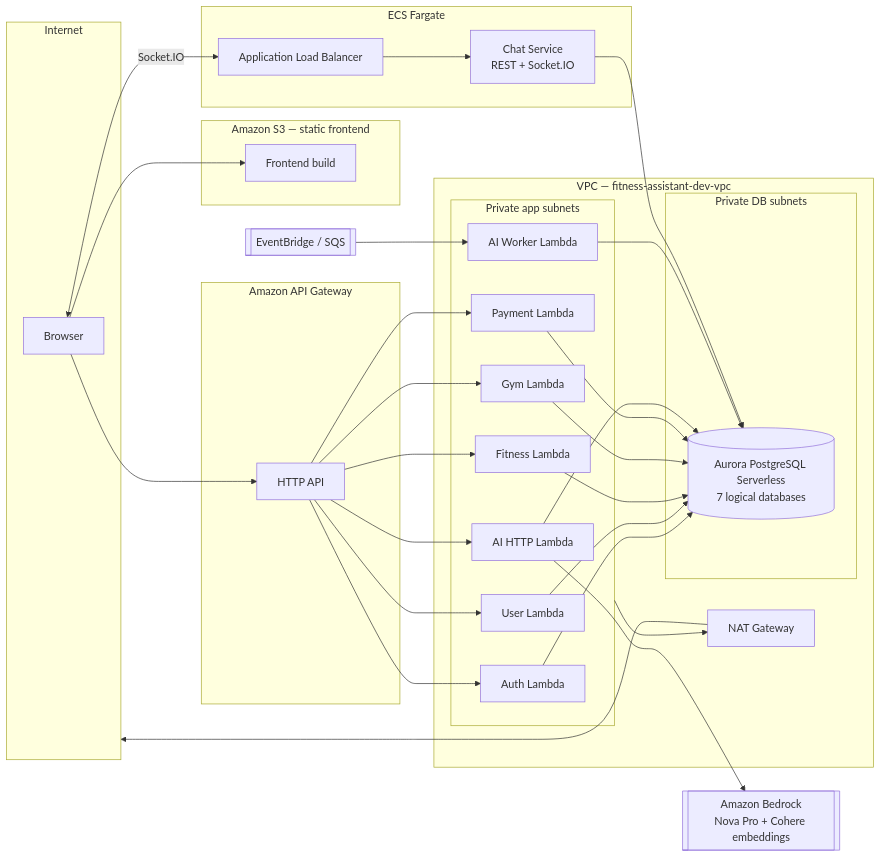
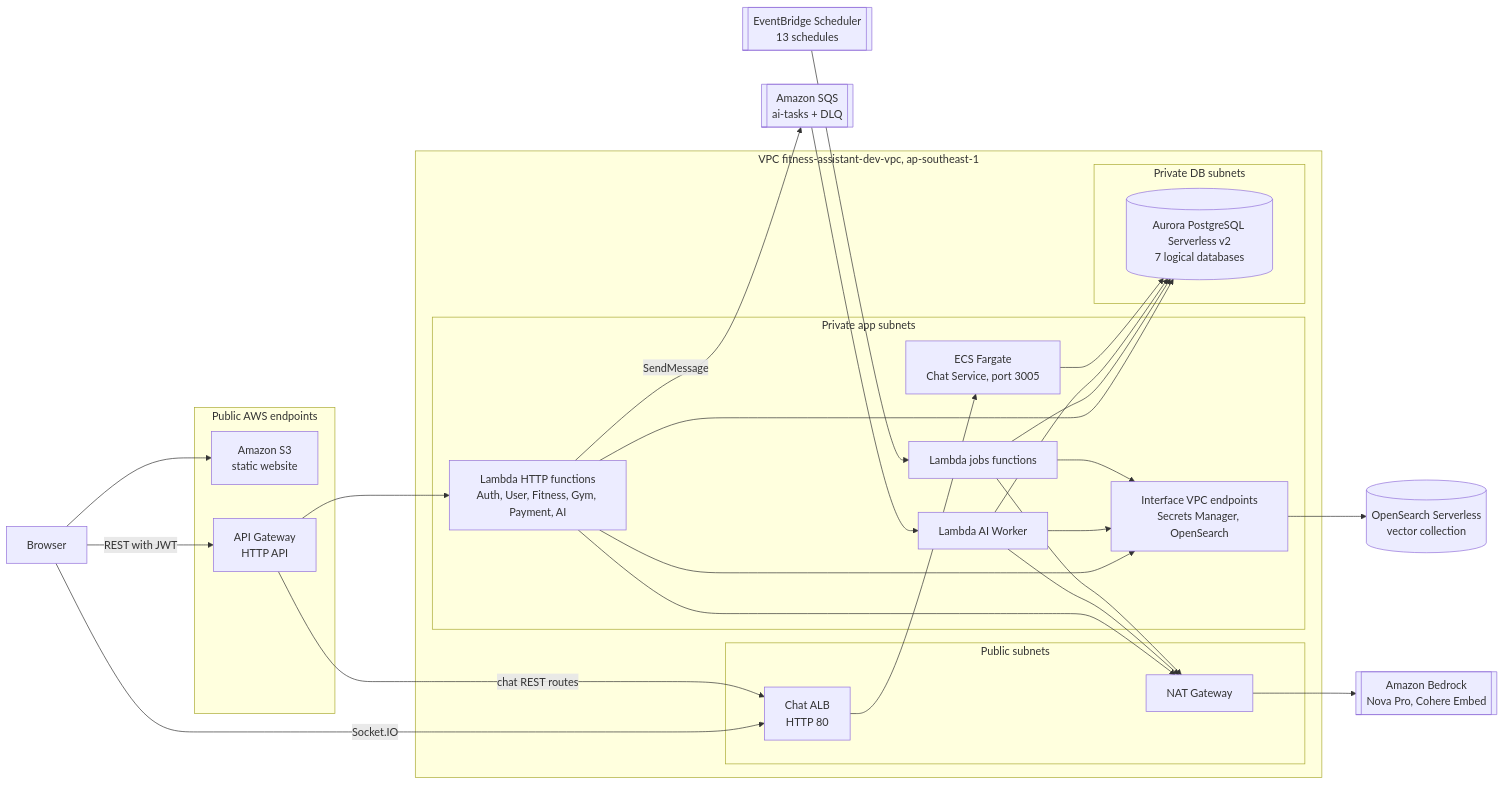
The first of 2 diagrams in content/5-Workshop/5.2-Architecture-Description/5.2.2-Architecture-Diagram/_index.md (trmizy/FCAJ_Project_Personal), drawn with Mermaid before and after one commit. The commit also changed other lines of this file and 461 other files, not shown here.

```diff
--- a/content/5-Workshop/5.2-Architecture-Description/5.2.2-Architecture-Diagram/_index.md
+++ b/content/5-Workshop/5.2-Architecture-Description/5.2.2-Architecture-Diagram/_index.md
@@ -13,49 +13,53 @@
-{{% mermaid %}}
-flowchart LR
-    subgraph Internet
-        User[Browser]
+{{< mermaid >}}
+graph LR
+    User[Browser]
+
+    subgraph Edge ["Public AWS endpoints"]
+        FE["Amazon S3<br/>static website"]
+        GW["API Gateway<br/>HTTP API"]
     end
 
-    subgraph S3["Amazon S3 — static frontend"]
-        FE[Frontend build]
+    subgraph VPC ["VPC fitness-assistant-dev-vpc, ap-southeast-1"]
+        subgraph Public ["Public subnets"]
+            ALB["Chat ALB<br/>HTTP 80"]
+            NAT["NAT Gateway"]
+        end
+        subgraph Private ["Private app subnets"]
+            L["Lambda HTTP functions<br/>Auth, User, Fitness, Gym, Payment, AI"]
+            J["Lambda jobs functions"]
+            W["Lambda AI Worker"]
+            C["ECS Fargate<br/>Chat Service, port 3005"]
+            VPCE["Interface VPC endpoints<br/>Secrets Manager, OpenSearch"]
+        end
+        subgraph DB ["Private DB subnets"]
+            A[("Aurora PostgreSQL Serverless v2<br/>7 logical databases")]
+        end
     end
 
-    subgraph APIGW["Amazon API Gateway"]
-        GW[HTTP API]
-    end
-
-    subgraph VPC["VPC — fitness-assistant-dev-vpc"]
-        subgraph Private["Private app subnets"]
-            Auth[Auth Lambda]
-            Usr[User Lambda]
-            Fit[Fitness Lambda]
-            Gym[Gym Lambda]
-            Pay[Payment Lambda]
-            AI[AI HTTP Lambda]
-            AIW[AI Worker Lambda]
-        end
-        subgraph DBSub["Private DB subnets"]
-            Aurora[("Aurora PostgreSQL Serverless\n7 logical databases")]
-        end
-        NAT[NAT Gateway]
-    end
-
-    subgraph ECS["ECS Fargate"]
-        ALB[Application Load Balancer]
-        Chat[Chat Service\nREST + Socket.IO]
-    end
-
-    Bedrock[[Amazon Bedrock\nNova Pro + Cohere embeddings]]
-    EventBridge[[EventBridge / SQS]]
+    SQS[["Amazon SQS<br/>ai-tasks + DLQ"]]
+    EB[["EventBridge Scheduler<br/>13 schedules"]]
+    BR[["Amazon Bedrock<br/>Nova Pro, Cohere Embed"]]
+    OS[("OpenSearch Serverless<br/>vector collection")]
 
     User --> FE
-    User --> GW
-    User <-->|Socket.IO| ALB
-    GW --> Auth & Usr & Fit & Gym & Pay & AI
-    ALB --> Chat
-    Auth & Usr & Fit & Gym & Pay & AI & AIW --> Aurora
-    Chat --> Aurora
-    Private --> NAT --> Internet
-    AI --> Bedrock
-    EventBridge --> AIW
-{{% /mermaid %}}
+    User -->|REST with JWT| GW
+    User -->|Socket.IO| ALB
+    GW --> L
+    GW -->|chat REST routes| ALB
+    ALB --> C
+    L --> A
+    J --> A
+    W --> A
+    C --> A
+    L -->|SendMessage| SQS
+    SQS --> W
+    EB --> J
+    L --> NAT
+    W --> NAT
+    J --> NAT
+    NAT --> BR
+    L --> VPCE
+    W --> VPCE
+    J --> VPCE
+    VPCE --> OS
+{{< /mermaid >}}
```
